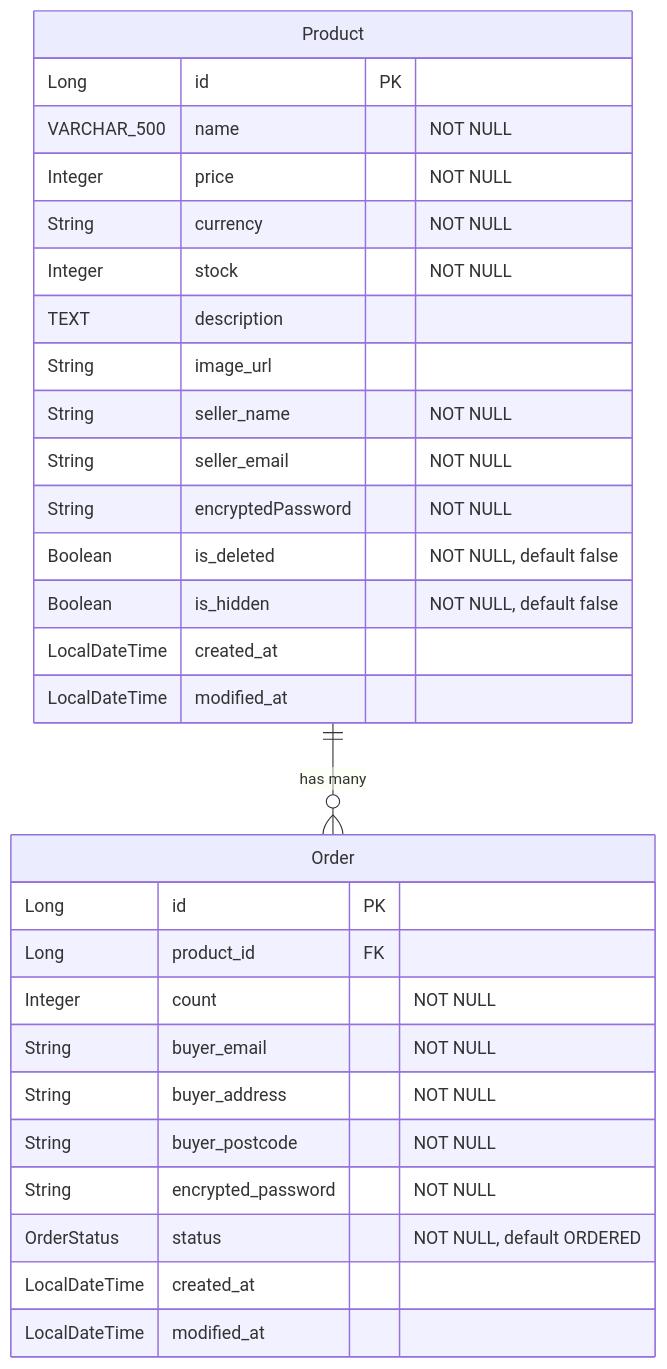
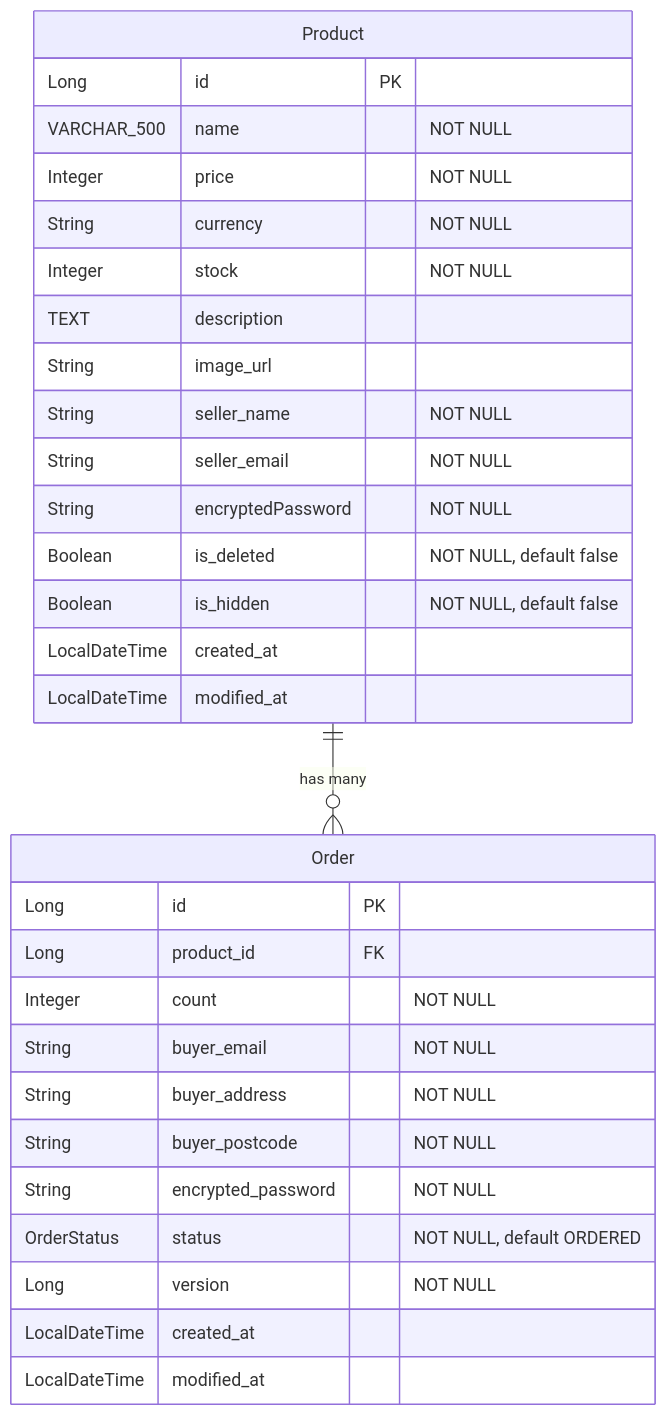
One commit to AnnieHa1002/sparta-pre-ecommerce changed the diagram in README.md. Above: the diagram before and after it, drawn with Mermaid. The commit also changed other lines of this file, not shown here.

````diff
--- a/README.md
+++ b/README.md
@@ -36,34 +36,35 @@
 ```mermaid
 erDiagram
     Product {
         Long id PK
         VARCHAR_500 name "NOT NULL"
         Integer price "NOT NULL"
         String currency "NOT NULL"
         Integer stock "NOT NULL"
         TEXT description
         String image_url
         String seller_name "NOT NULL"
         String seller_email "NOT NULL"
         String encryptedPassword  "NOT NULL"
         Boolean is_deleted "NOT NULL, default false"
         Boolean is_hidden "NOT NULL, default false"
         LocalDateTime created_at
         LocalDateTime modified_at
     }
 
     Order {
         Long id PK
         Long product_id FK
         Integer count "NOT NULL"
         String buyer_email "NOT NULL"
         String buyer_address "NOT NULL"
         String buyer_postcode "NOT NULL"
         String encrypted_password "NOT NULL"
         OrderStatus status "NOT NULL, default ORDERED"
+        Long version "NOT NULL"
         LocalDateTime created_at
         LocalDateTime modified_at
     }
 
     Product ||--o{ Order : "has many"
 ```
````
